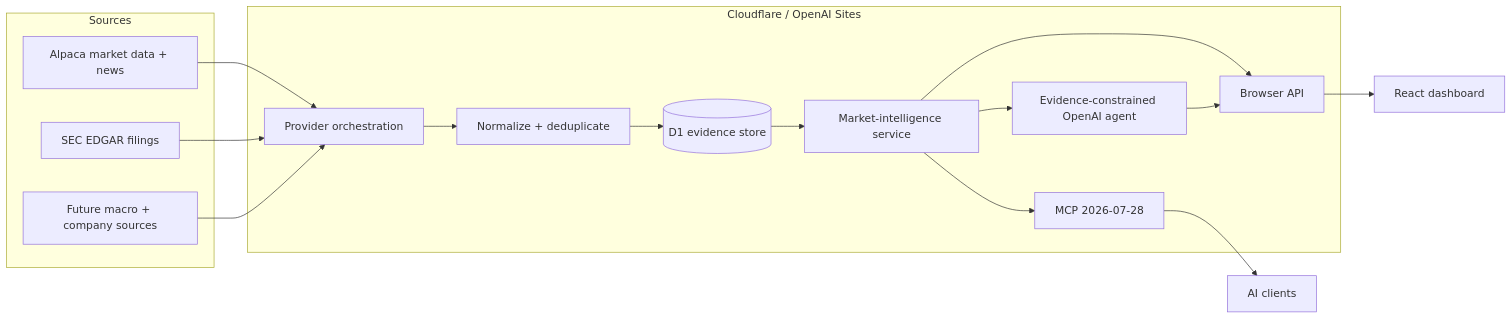
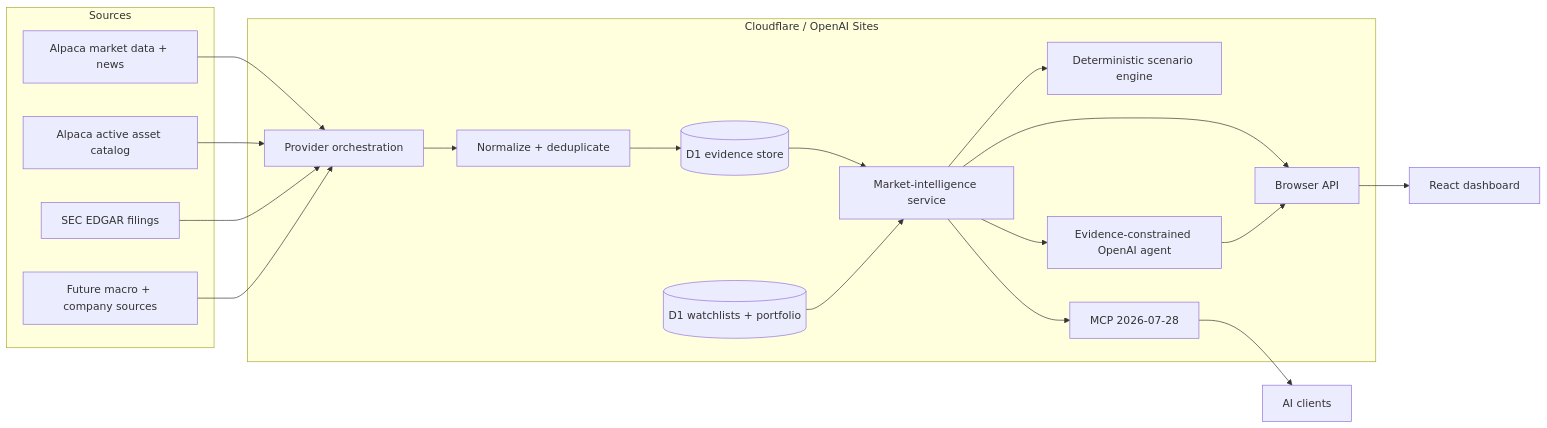
The diagram in docs/architecture.md (jonxsong/Omnigaze), drawn with Mermaid before and after one commit. The commit also changed other lines of this file and 64 other files, not shown here.

````diff
--- a/docs/architecture.md
+++ b/docs/architecture.md
@@ -5,31 +5,37 @@
 ```mermaid
 flowchart LR
   subgraph Sources
     Alpaca[Alpaca market data + news]
+    Assets[Alpaca active asset catalog]
     SEC[SEC EDGAR filings]
     Future[Future macro + company sources]
   end
 
   subgraph Edge[Cloudflare / OpenAI Sites]
     Ingest[Provider orchestration]
     Normalize[Normalize + deduplicate]
     D1[(D1 evidence store)]
+    Portfolio[(D1 watchlists + portfolio)]
     Domain[Market-intelligence service]
+    Scenarios[Deterministic scenario engine]
     Agent[Evidence-constrained OpenAI agent]
     API[Browser API]
     MCP[MCP 2026-07-28]
   end
 
   UI[React dashboard]
   Clients[AI clients]
 
   Alpaca --> Ingest
+  Assets --> Ingest
   SEC --> Ingest
   Future --> Ingest
   Ingest --> Normalize --> D1
   D1 --> Domain
+  Portfolio --> Domain
+  Domain --> Scenarios
   Domain --> Agent
   Domain --> API --> UI
   Agent --> API
   Domain --> MCP --> Clients
 ```
````
